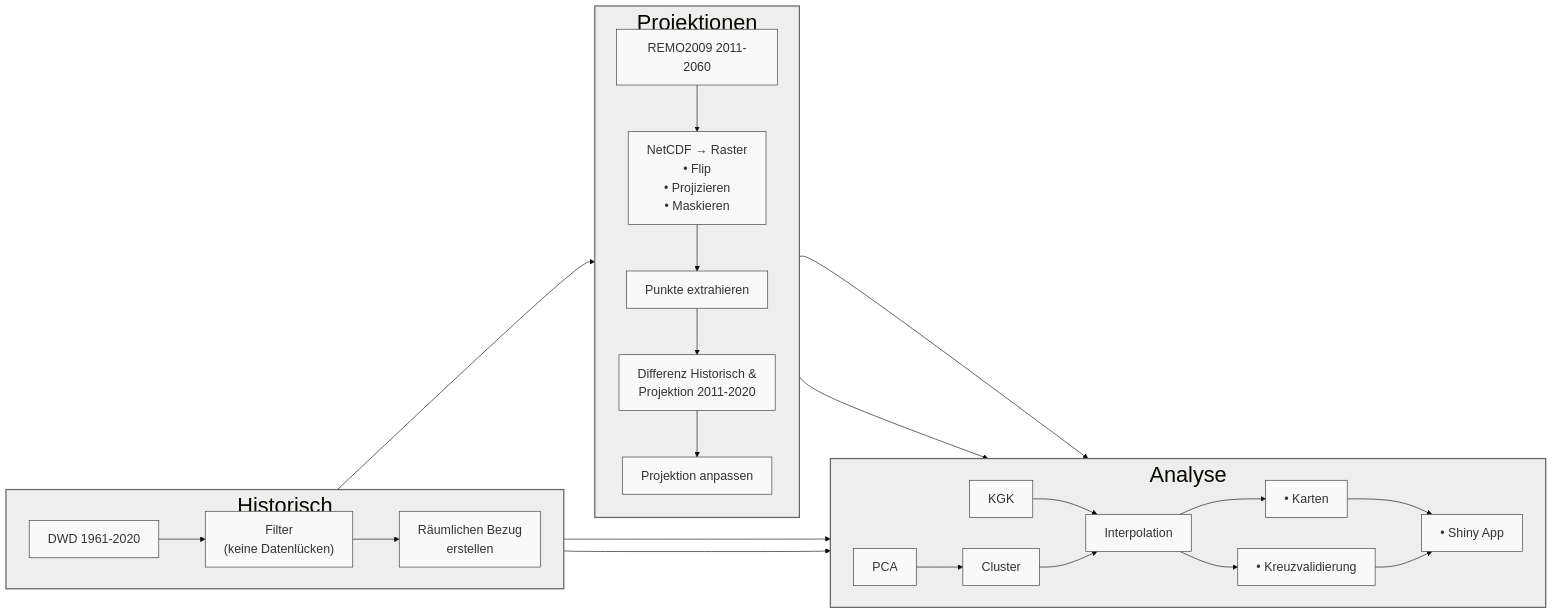
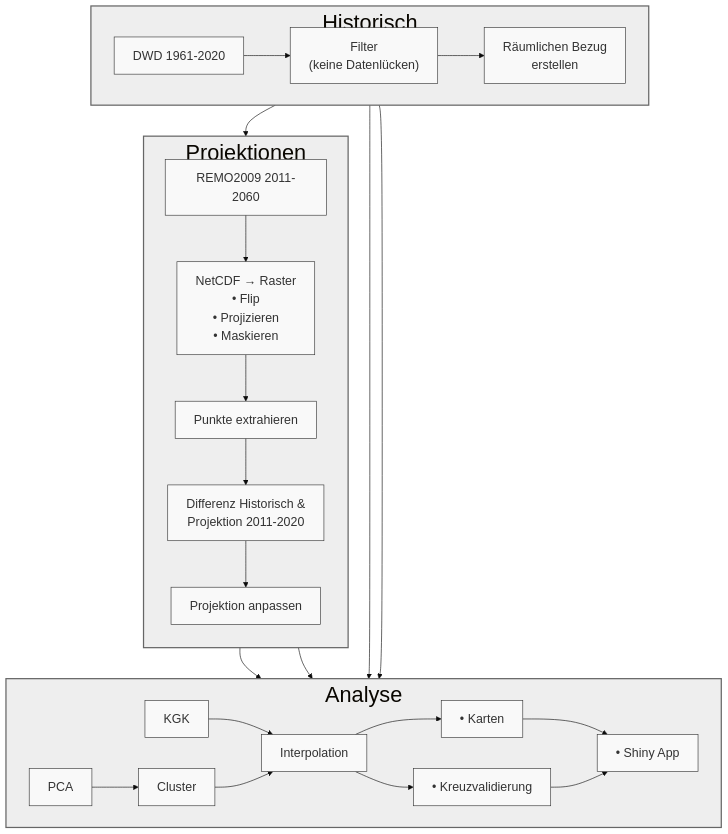
One commit to Dege314/MLU_LSS_1 changed the diagram in README.md. Above: the diagram before and after it, drawn with Mermaid.

````diff
--- a/README.md
+++ b/README.md
@@ -4,47 +4,47 @@
 ```mermaid
 %%{init: {'theme': 'base', 'themeVariables': { 'fontSize': '10px', 'fontFamily': 'arial' }}}%%
-graph LR
+graph TD
     %% Konfiguration für gerade/eckige Linien
     linkStyle default orthogonal
 
     %% Historische Daten Subgraph
     subgraph historisch["Historisch"]
         direction LR
         DWD["DWD 1961-2020"] --> F1["Filter<br>(keine Datenlücken)"]
         F1 --> P1["Räumlichen Bezug<br>erstellen"]
     end
 
     %% Projektionen Subgraph
     subgraph projektionen["Projektionen"]
         direction TB
         REMO["REMO2009 2011-2060"] --> N2R["NetCDF → Raster<br>• Flip<br>• Projizieren<br>• Maskieren"]
         N2R --> PEX["Punkte extrahieren"]
         PEX --> DIF["Differenz Historisch &<br>Projektion 2011-2020"]
         DIF --> PRJ["Projektion anpassen"]
     end
 
     %% Analyse Subgraph
     subgraph analyse["Analyse"]
         direction LR
         KR["KGK"] --> IN["Interpolation"]
         PC["PCA"] --> CL["Cluster"]
         CL --> IN
         IN --> Map["• Karten"]
         IN --> CV["• Kreuzvalidierung"]
         Map --> App["• Shiny App"]
         CV --> App
     end
 
     %% Verbindungen zwischen Subgraphs
     P1 --> PEX
     P1 --> KR
     P1 --> PC
     PRJ --> KR
     PRJ --> PC
 
     %% Stil- und Layoutoptimierungen
     classDef box fill:#f9f9f9,stroke:#333,stroke-width:1px,font-size:20px
     classDef subgraph_style fill:#eeeeee,stroke:#666,stroke-width:2px,font-size:35px
     class DWD,REMO,F1,N2R,PEX,DIF,PRJ,P1,KR,PC,CL,IN,Map,CV,App box
     class historisch,projektionen,analyse subgraph_style
 ```
````
